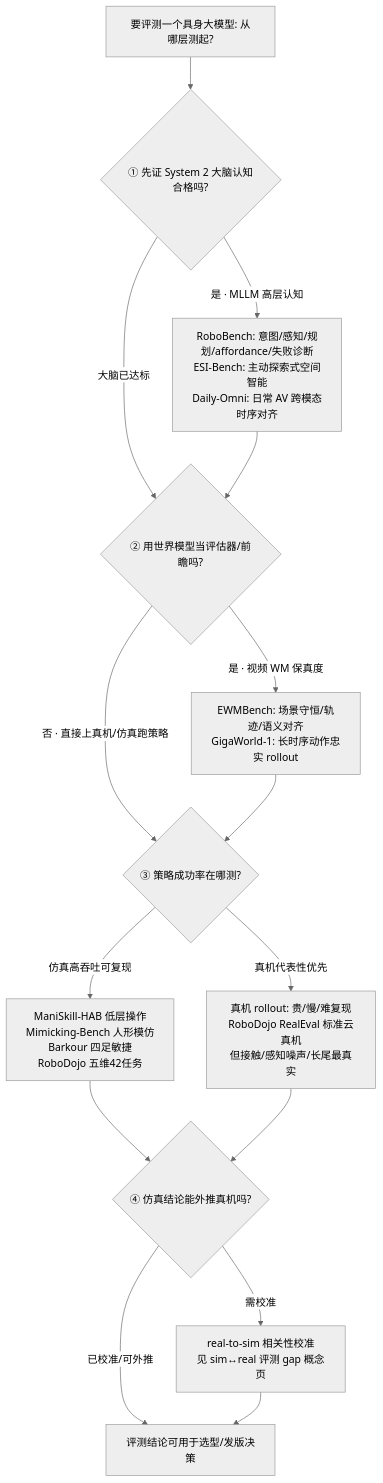
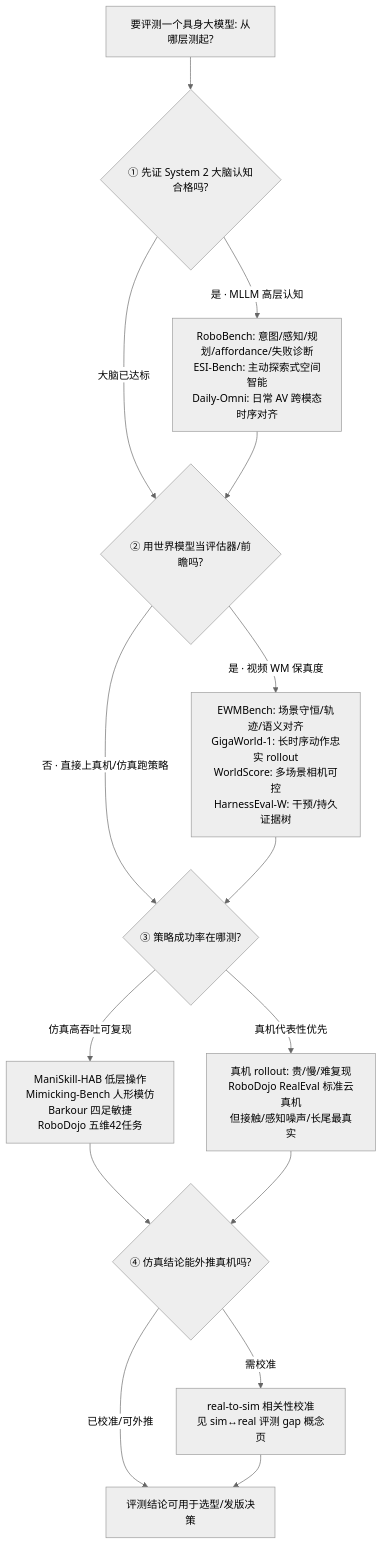
One commit to ImChong/Robotics_Notebooks changed the diagram in wiki/queries/embodied-eval-benchmark-selection-loop.md. Above: the diagram before and after it, drawn with Mermaid (neutral theme). The commit also changed other lines of this file and 23 other files, not shown here.

Commit message:
[2026-08-18] ingest | sources/papers/harnesseval_w_arxiv_2608_16859.md — 接入 MirroS HarnessEval-W 交互式世界 agentic 评测

````diff
--- a/wiki/queries/embodied-eval-benchmark-selection-loop.md
+++ b/wiki/queries/embodied-eval-benchmark-selection-loop.md
@@ -73,18 +75,18 @@
 ```mermaid
 flowchart TD
   start[要评测一个具身大模型: 从哪层测起?]
   start --> l1{① 先证 System 2 大脑认知合格吗?}
   l1 -->|是 · MLLM 高层认知| brain[RoboBench: 意图/感知/规划/affordance/失败诊断<br/>ESI-Bench: 主动探索式空间智能<br/>Daily-Omni: 日常 AV 跨模态时序对齐]
   l1 -->|大脑已达标| l2
   brain --> l2{② 用世界模型当评估器/前瞻吗?}
-  l2 -->|是 · 视频 WM 保真度| wm[EWMBench: 场景守恒/轨迹/语义对齐<br/>GigaWorld-1: 长时序动作忠实 rollout]
+  l2 -->|是 · 视频 WM 保真度| wm[EWMBench: 场景守恒/轨迹/语义对齐<br/>GigaWorld-1: 长时序动作忠实 rollout<br/>WorldScore: 多场景相机可控<br/>HarnessEval-W: 干预/持久证据树]
   l2 -->|否 · 直接上真机/仿真跑策略| l3
   wm --> l3{③ 策略成功率在哪测?}
   l3 -->|仿真高吞吐可复现| simeval[ManiSkill-HAB 低层操作<br/>Mimicking-Bench 人形模仿<br/>Barkour 四足敏捷<br/>RoboDojo 五维42任务]
   l3 -->|真机代表性优先| realeval[真机 rollout: 贵/慢/难复现<br/>RoboDojo RealEval 标准云真机<br/>但接触/感知噪声/长尾最真实]
   simeval --> l4{④ 仿真结论能外推真机吗?}
   realeval --> l4
   l4 -->|需校准| gap[real-to-sim 相关性校准<br/>见 sim↔real 评测 gap 概念页]
   l4 -->|已校准/可外推| ship[评测结论可用于选型/发版决策]
   gap --> ship
 ```
````
